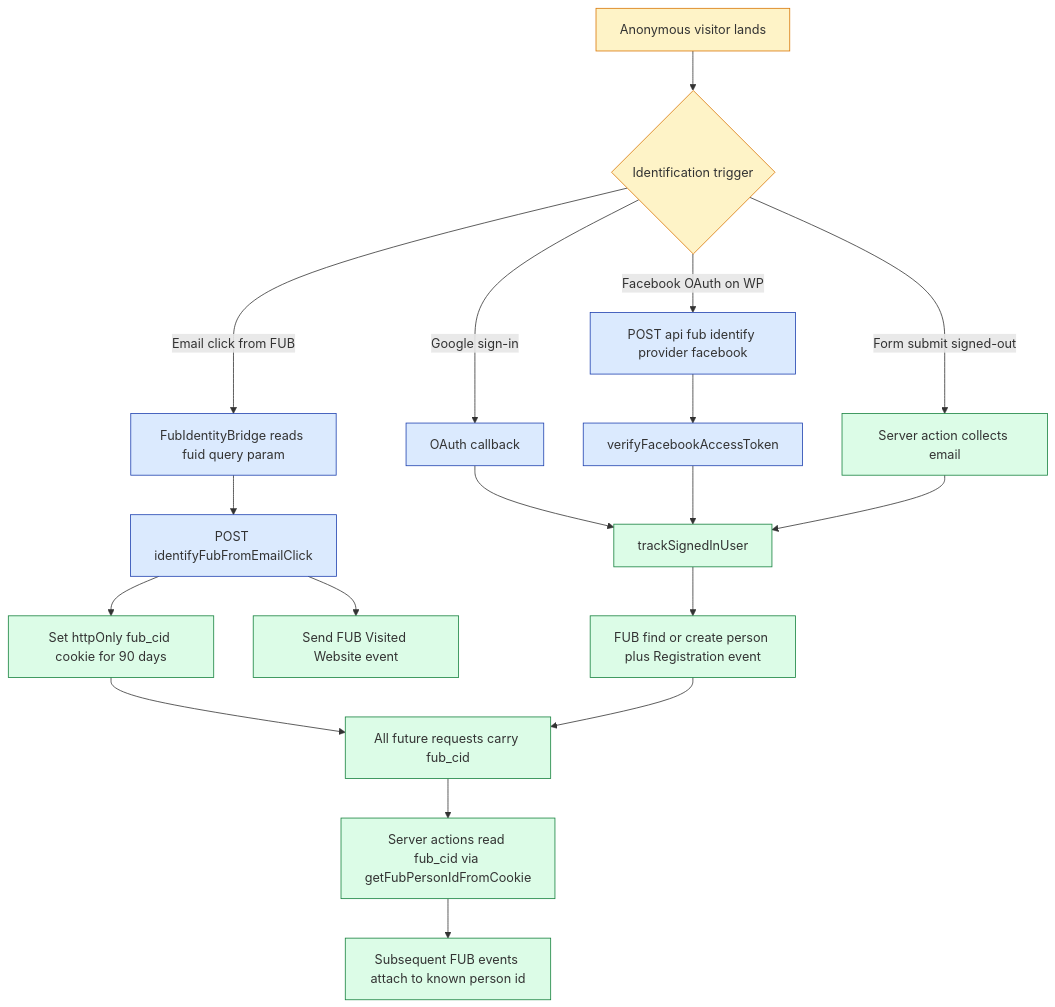
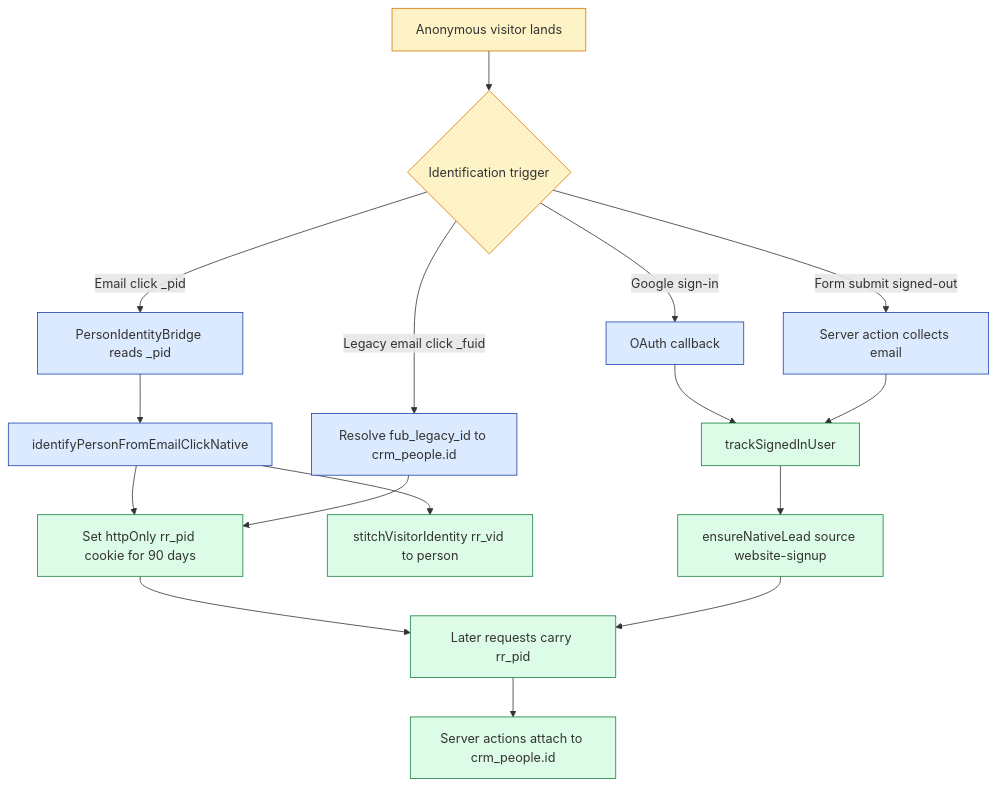
One commit to RyanRealty/RyanRealty changed the third of 9 diagrams in docs/FACEBOOK_SELLER_GROWTH_PIPELINE.md. Above: the diagram before and after it, drawn with Mermaid. The commit also changed other lines of this file and 10 other files, not shown here.

````diff
--- a/docs/FACEBOOK_SELLER_GROWTH_PIPELINE.md
+++ b/docs/FACEBOOK_SELLER_GROWTH_PIPELINE.md
@@ -173,33 +171,31 @@
 ```mermaid
 flowchart TD
     A["Anonymous visitor lands"] --> B{"Identification trigger"}
 
-    B -->|Email click from FUB| C["FubIdentityBridge reads fuid query param"]
-    C --> D["POST identifyFubFromEmailClick"]
-    D --> E["Set httpOnly fub_cid cookie for 90 days"]
-    D --> F["Send FUB Visited Website event"]
+    B -->|Email click _pid| C["PersonIdentityBridge reads _pid"]
+    C --> D["identifyPersonFromEmailClickNative"]
+    D --> E["Set httpOnly rr_pid cookie for 90 days"]
+    D --> F["stitchVisitorIdentity rr_vid to person"]
+
+    B -->|Legacy email click _fuid| C2["Resolve fub_legacy_id to crm_people.id"]
+    C2 --> E
 
     B -->|Google sign-in| G["OAuth callback"]
     G --> H["trackSignedInUser"]
-    H --> I["FUB find or create person plus Registration event"]
-
-    B -->|Facebook OAuth on WP| J["POST api fub identify provider facebook"]
-    J --> K["verifyFacebookAccessToken"]
-    K --> H
+    H --> I["ensureNativeLead source website-signup"]
 
     B -->|Form submit signed-out| L["Server action collects email"]
     L --> H
 
-    E --> M["All future requests carry fub_cid"]
+    E --> M["Later requests carry rr_pid"]
     I --> M
-    M --> N["Server actions read fub_cid via getFubPersonIdFromCookie"]
-    N --> O["Subsequent FUB events attach to known person id"]
+    M --> N["Server actions attach to crm_people.id"]
 
     classDef trigger fill:#fef3c7,stroke:#d97706
     classDef bridge fill:#dbeafe,stroke:#1e40af
-    classDef fub fill:#dcfce7,stroke:#15803d
+    classDef crm fill:#dcfce7,stroke:#15803d
 
     class A,B trigger
-    class C,D,G,J,K bridge
-    class E,F,H,I,L,M,N,O fub
+    class C,C2,D,G,L bridge
+    class E,F,H,I,M,N crm
 ```
````
